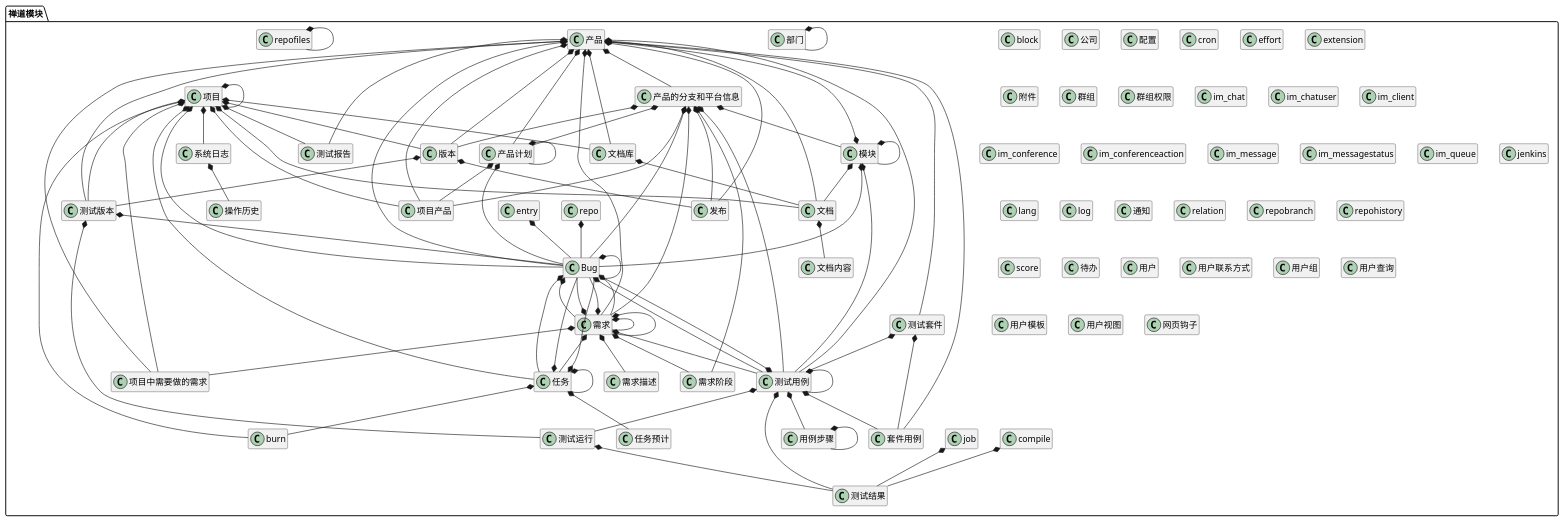
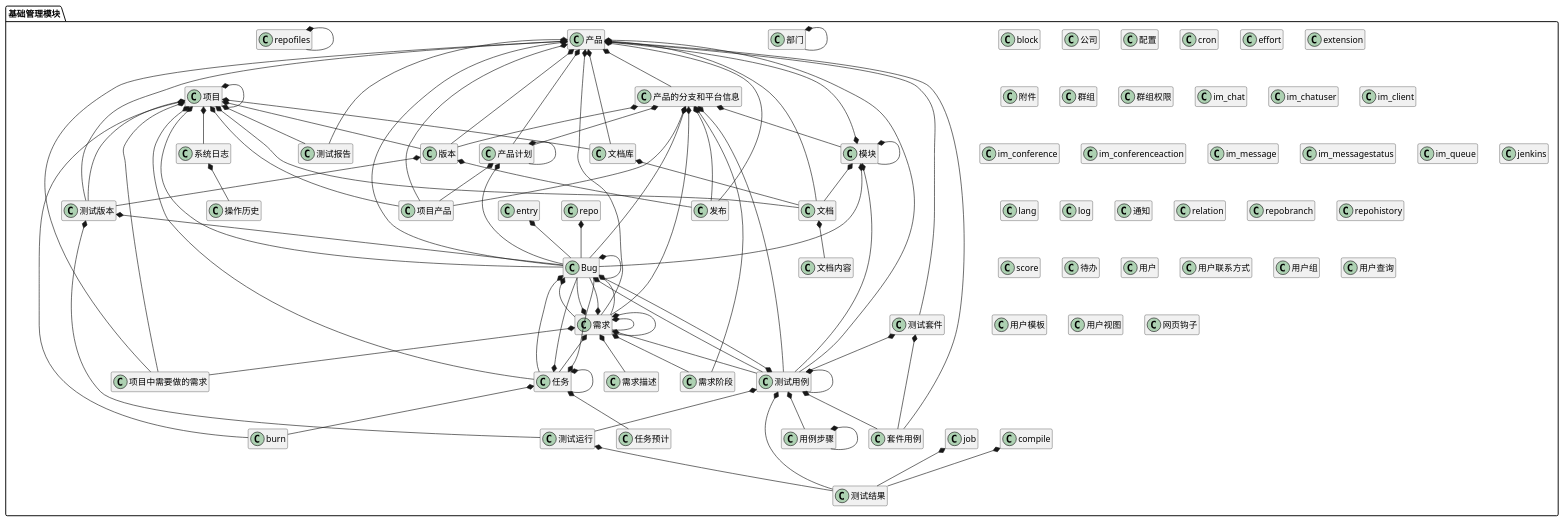
One commit to zj335841911/nt_chandao changed the diagram in ibizpms-docs/src/main/doc/v1/module/zentao.md. Above: the diagram before and after it, drawn with PlantUML. The commit also changed other lines of this file and 116 other files, not shown here.

```diff
--- a/ibizpms-docs/src/main/doc/v1/module/zentao.md
+++ b/ibizpms-docs/src/main/doc/v1/module/zentao.md
@@ -6,6 +6,6 @@
 {% plantuml %}
 
-package 禅道模块 {
+package 基础管理模块 {
 
 class 系统日志 {
 }
```
